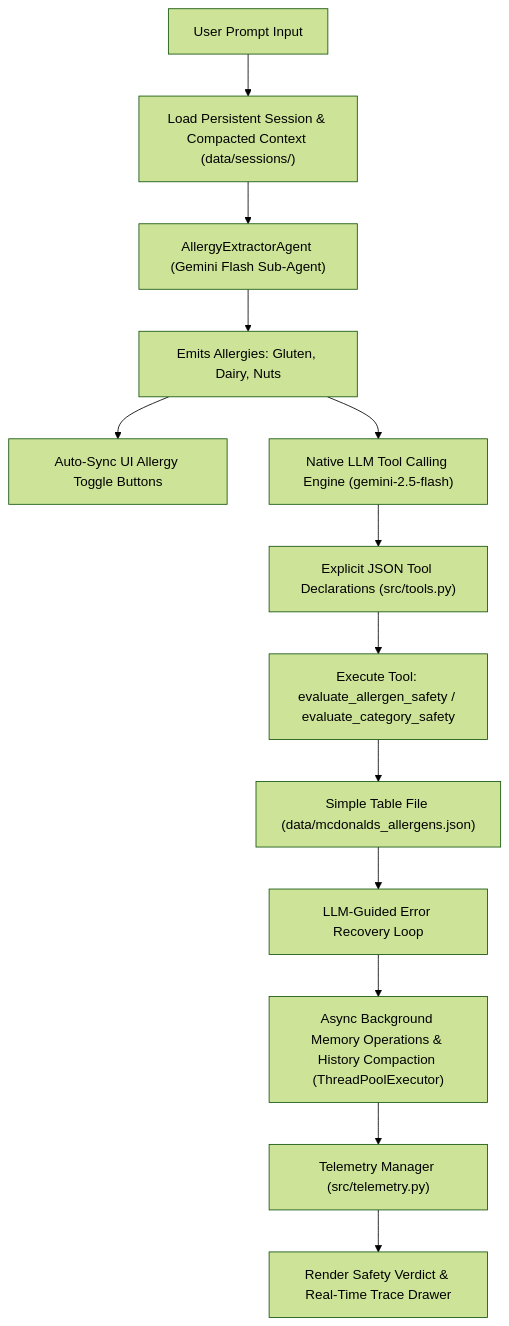
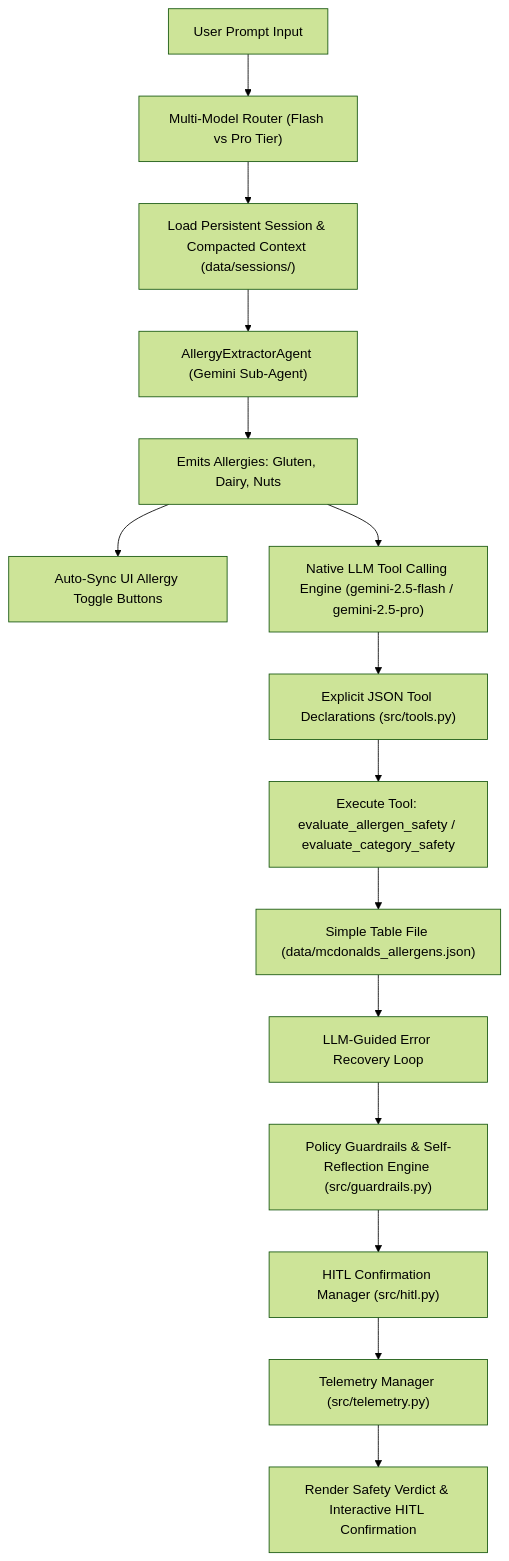
Before and after one commit to madcat101010/simple-allgergen-ai-lab: the diagram in README.md, drawn with Mermaid (forest theme). The commit also changed other lines of this file and 7 other files, not shown here.

Commit message:
feat(orchestration): implement Multi-Model Router (Flash vs Pro), Policy Guardrails with Self-Evaluation, and HITL Confirmation Hooks

````diff
--- a/README.md
+++ b/README.md
@@ -24,15 +25,17 @@
 ```mermaid
 flowchart TD
-    User["User Prompt Input"] --> SessionMemory["Load Persistent Session & Compacted Context (data/sessions/)"]
-    SessionMemory --> SubAgent["AllergyExtractorAgent (Gemini Flash Sub-Agent)"]
+    User["User Prompt Input"] --> Router["Multi-Model Router (Flash vs Pro Tier)"]
+    Router --> SessionMemory["Load Persistent Session & Compacted Context (data/sessions/)"]
+    SessionMemory --> SubAgent["AllergyExtractorAgent (Gemini Sub-Agent)"]
     SubAgent --> EmittedAllergies["Emits Allergies: Gluten, Dairy, Nuts"]
     EmittedAllergies --> SyncUI["Auto-Sync UI Allergy Toggle Buttons"]
-    EmittedAllergies --> LLM["Native LLM Tool Calling Engine (gemini-2.5-flash)"]
+    EmittedAllergies --> LLM["Native LLM Tool Calling Engine (gemini-2.5-flash / gemini-2.5-pro)"]
     LLM --> Declarations["Explicit JSON Tool Declarations (src/tools.py)"]
     Declarations --> Tools["Execute Tool: evaluate_allergen_safety / evaluate_category_safety"]
     Tools --> Table["Simple Table File (data/mcdonalds_allergens.json)"]
     Table --> ErrorRecovery["LLM-Guided Error Recovery Loop"]
-    ErrorRecovery --> AsyncMemory["Async Background Memory Operations & History Compaction (ThreadPoolExecutor)"]
-    AsyncMemory --> Telemetry["Telemetry Manager (src/telemetry.py)"]
-    Telemetry --> UI["Render Safety Verdict & Real-Time Trace Drawer"]
+    ErrorRecovery --> Guardrails["Policy Guardrails & Self-Reflection Engine (src/guardrails.py)"]
+    Guardrails --> HITL["HITL Confirmation Manager (src/hitl.py)"]
+    HITL --> Telemetry["Telemetry Manager (src/telemetry.py)"]
+    Telemetry --> UI["Render Safety Verdict & Interactive HITL Confirmation"]
 ```
````
